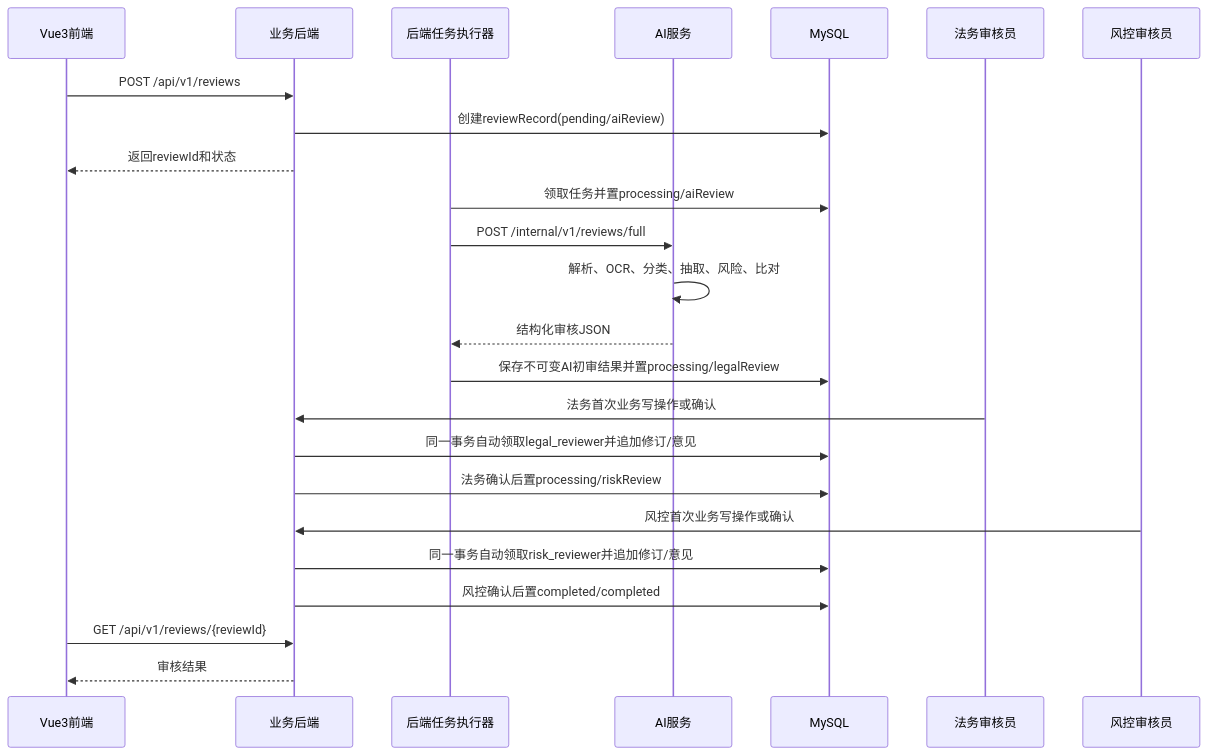
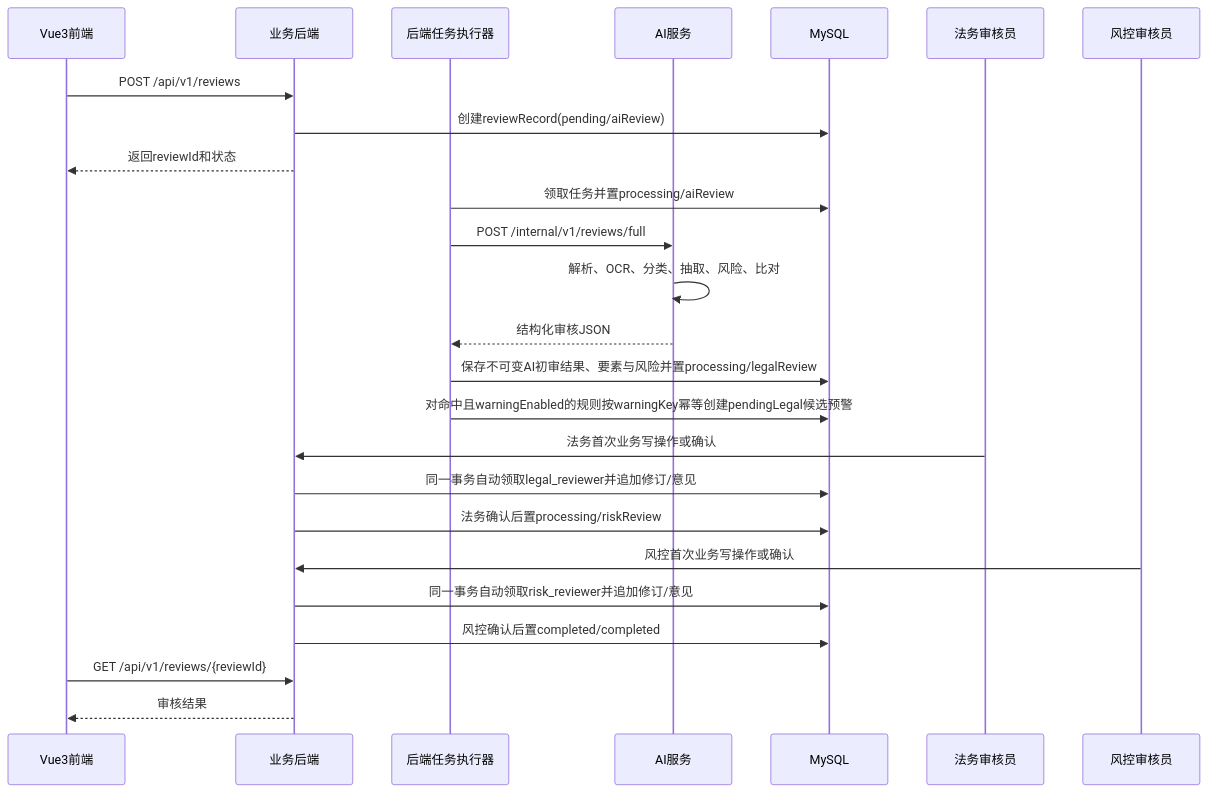
One commit to liuziwen168/A24-Contract-Audit changed the third of 3 diagrams in docs/02-系统架构设计.md. Above: the diagram before and after it, drawn with Mermaid. The commit also changed other lines of this file and 171 other files, not shown here.

````diff
--- a/docs/02-系统架构设计.md
+++ b/docs/02-系统架构设计.md
@@ -84,26 +86,27 @@
 ```mermaid
 sequenceDiagram
     participant F as Vue3前端
     participant B as 业务后端
     participant W as 后端任务执行器
     participant A as AI服务
     participant D as MySQL
     participant L as 法务审核员
     participant R as 风控审核员
     F->>B: POST /api/v1/reviews
     B->>D: 创建reviewRecord(pending/aiReview)
     B-->>F: 返回reviewId和状态
     W->>D: 领取任务并置processing/aiReview
     W->>A: POST /internal/v1/reviews/full
     A->>A: 解析、OCR、分类、抽取、风险、比对
     A-->>W: 结构化审核JSON
-    W->>D: 保存不可变AI初审结果并置processing/legalReview
+    W->>D: 保存不可变AI初审结果、要素与风险并置processing/legalReview
+    W->>D: 对命中且warningEnabled的规则按warningKey幂等创建pendingLegal候选预警
     L->>B: 法务首次业务写操作或确认
     B->>D: 同一事务自动领取legal_reviewer并追加修订/意见
     B->>D: 法务确认后置processing/riskReview
     R->>B: 风控首次业务写操作或确认
     B->>D: 同一事务自动领取risk_reviewer并追加修订/意见
     B->>D: 风控确认后置completed/completed
     F->>B: GET /api/v1/reviews/{reviewId}
     B-->>F: 审核结果
 ```
````
